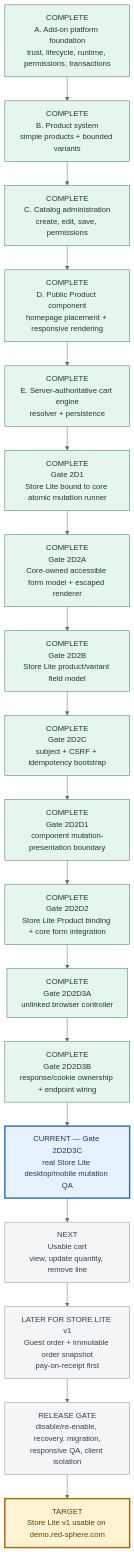
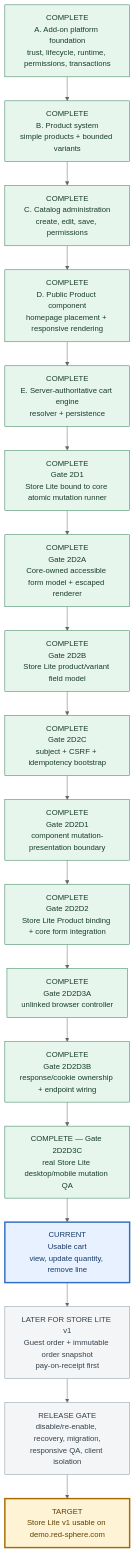
The second of 2 diagrams in docs/ADD-ON-PLATFORM-STATUS.md (orojas01-glitch/redcms), drawn with Mermaid (neutral theme) before and after one commit. The commit also changed other lines of this file and 9 other files, not shown here.

Commit message:
Complete Store Lite supported-server mutation QA

````diff
--- a/docs/ADD-ON-PLATFORM-STATUS.md
+++ b/docs/ADD-ON-PLATFORM-STATUS.md
@@ -30,32 +30,32 @@
 ```mermaid
 flowchart TD
     A["COMPLETE<br/>A. Add-on platform foundation<br/>trust, lifecycle, runtime, permissions, transactions"]
     B["COMPLETE<br/>B. Product system<br/>simple products + bounded variants"]
     C["COMPLETE<br/>C. Catalog administration<br/>create, edit, save, permissions"]
     D["COMPLETE<br/>D. Public Product component<br/>homepage placement + responsive rendering"]
     E["COMPLETE<br/>E. Server-authoritative cart engine<br/>resolver + persistence"]
     F["COMPLETE<br/>Gate 2D1<br/>Store Lite bound to core atomic mutation runner"]
     G1["COMPLETE<br/>Gate 2D2A<br/>Core-owned accessible form model + escaped renderer"]
     G2["COMPLETE<br/>Gate 2D2B<br/>Store Lite product/variant field model"]
     G3["COMPLETE<br/>Gate 2D2C<br/>subject + CSRF + idempotency bootstrap"]
     G4A["COMPLETE<br/>Gate 2D2D1<br/>component mutation-presentation boundary"]
     G4B["COMPLETE<br/>Gate 2D2D2<br/>Store Lite Product binding + core form integration"]
     G4C1["COMPLETE<br/>Gate 2D2D3A<br/>unlinked browser controller"]
     G4C2["COMPLETE<br/>Gate 2D2D3B<br/>response/cookie ownership + endpoint wiring"]
-    G4C3["CURRENT — Gate 2D2D3C<br/>real Store Lite desktop/mobile mutation QA"]
-    H["NEXT<br/>Usable cart<br/>view, update quantity, remove line"]
+    G4C3["COMPLETE — Gate 2D2D3C<br/>real Store Lite desktop/mobile mutation QA"]
+    H["CURRENT<br/>Usable cart<br/>view, update quantity, remove line"]
     I["LATER FOR STORE LITE v1<br/>Guest order + immutable order snapshot<br/>pay-on-receipt first"]
     J["RELEASE GATE<br/>disable/re-enable, recovery, migration,<br/>responsive QA, client isolation"]
     K["TARGET<br/>Store Lite v1 usable on demo.red-sphere.com"]
 
     A --> B --> C --> D --> E --> F --> G1 --> G2 --> G3 --> G4A --> G4B --> G4C1 --> G4C2 --> G4C3 --> H --> I --> J --> K
 
     classDef complete fill:#e7f6ed,stroke:#27764a,color:#183d2a;
     classDef current fill:#e8f1ff,stroke:#2f6fc3,color:#173a68,stroke-width:3px;
     classDef remaining fill:#f3f5f7,stroke:#82909c,color:#34424d;
     classDef target fill:#fff3d6,stroke:#a36b00,color:#5e4100,stroke-width:3px;
-    class A,B,C,D,E,F,G1,G2,G3,G4A,G4B,G4C1,G4C2 complete;
-    class G4C3 current;
-    class H,I,J remaining;
+    class A,B,C,D,E,F,G1,G2,G3,G4A,G4B,G4C1,G4C2,G4C3 complete;
+    class H current;
+    class I,J remaining;
     class K target;
 ```
````
